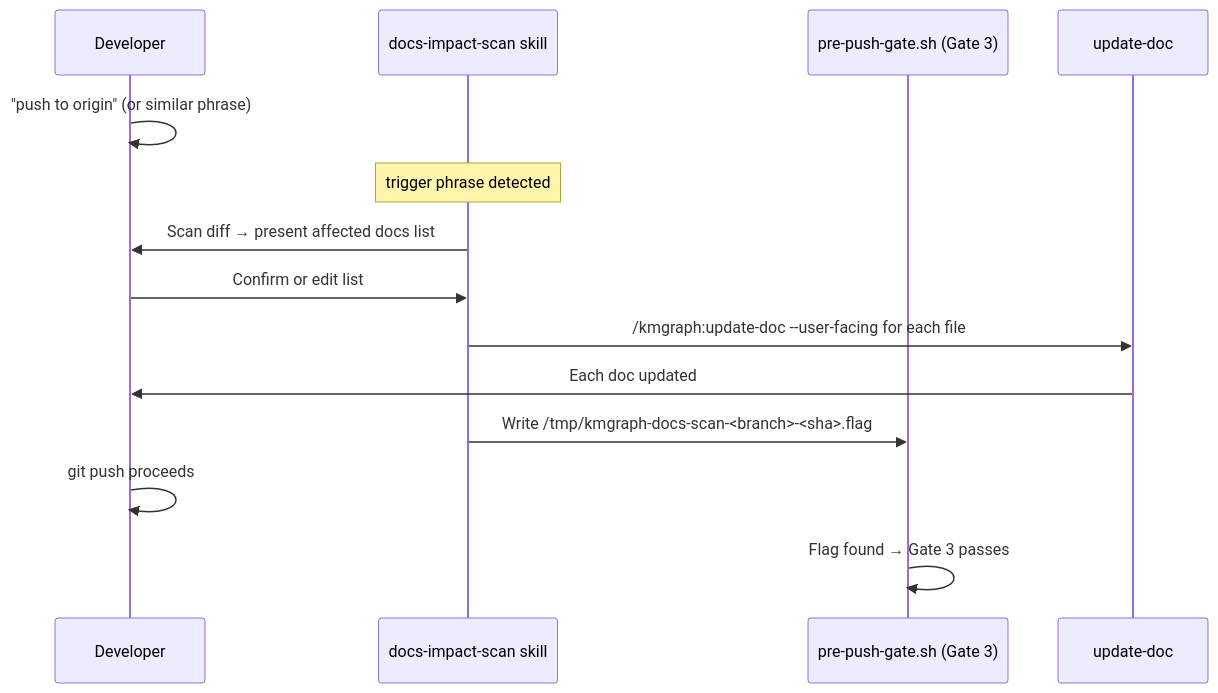
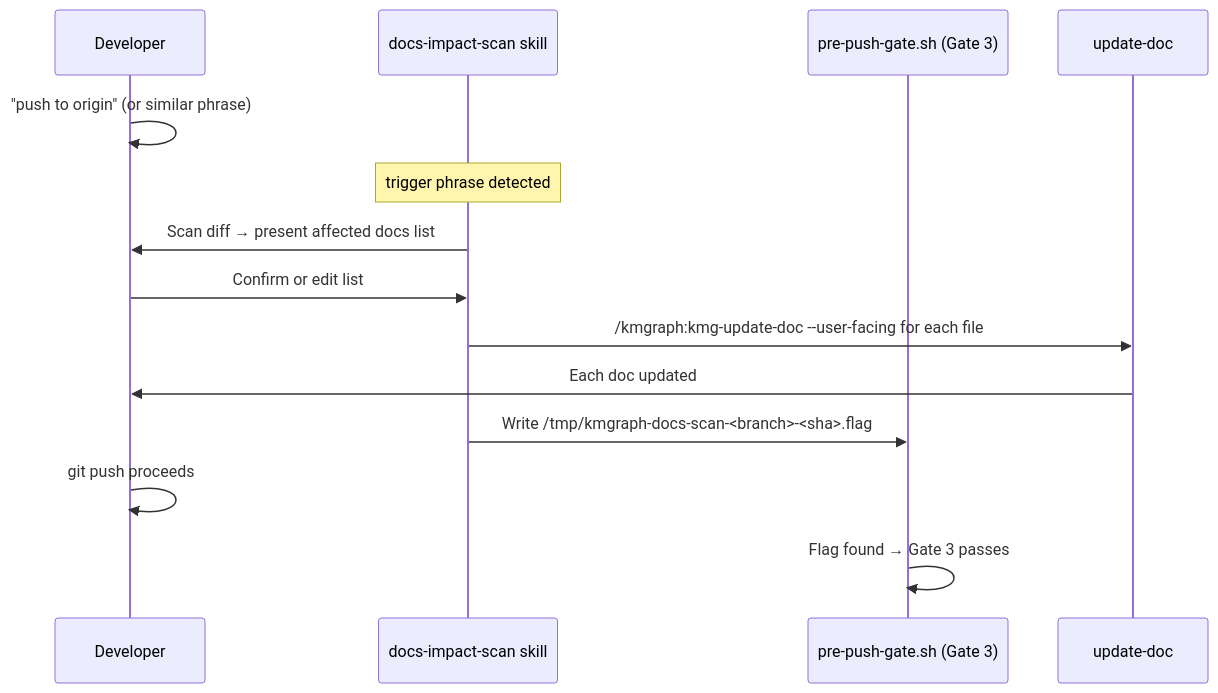
One commit to technomensch/knowledge-graph changed the second of 2 diagrams in docs/pillars/tailoring/docs-impact-scan.md. Above: the diagram before and after it, drawn with Mermaid. The commit also changed other lines of this file and 58 other files, not shown here.

````diff
--- a/docs/pillars/tailoring/docs-impact-scan.md
+++ b/docs/pillars/tailoring/docs-impact-scan.md
@@ -63,18 +63,18 @@
 ```mermaid
 sequenceDiagram
     participant Dev as Developer
     participant Skill as docs-impact-scan skill
     participant Gate as pre-push-gate.sh (Gate 3)
     participant Docs as update-doc
 
     Dev->>Dev: "push to origin" (or similar phrase)
     Note over Skill: trigger phrase detected
     Skill->>Dev: Scan diff → present affected docs list
     Dev->>Skill: Confirm or edit list
-    Skill->>Docs: /kmgraph:update-doc --user-facing for each file
+    Skill->>Docs: /kmgraph:kmg-update-doc --user-facing for each file
     Docs->>Dev: Each doc updated
     Skill->>Gate: Write /tmp/kmgraph-docs-scan-<branch>-<sha>.flag
     Dev->>Dev: git push proceeds
     Gate->>Gate: Flag found → Gate 3 passes
 
 ```
````
